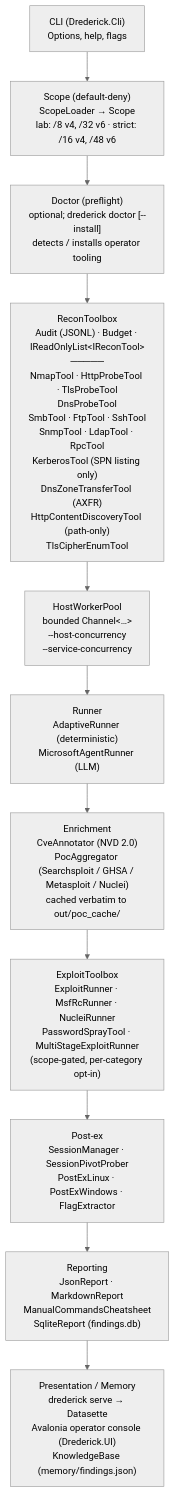
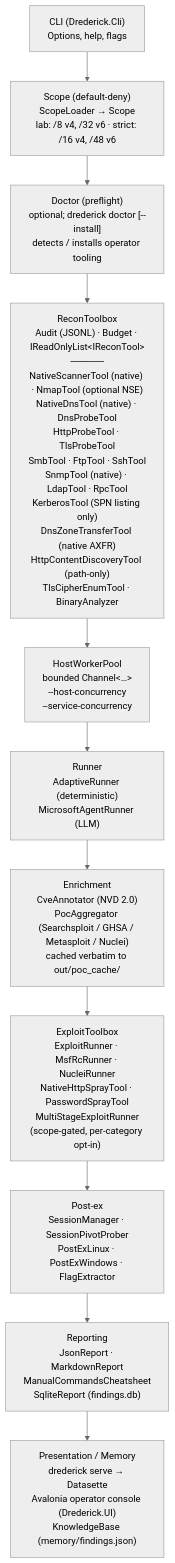
One commit to SchwartzKamel/drederick changed the diagram in docs/ARCHITECTURE.md. Above: the diagram before and after it, drawn with Mermaid (neutral theme). The commit also changed other lines of this file and 5 other files, not shown here.

First line of the commit message:
docs: native-first architecture — self-sufficiency pass

````diff
--- a/docs/ARCHITECTURE.md
+++ b/docs/ARCHITECTURE.md
@@ -67,16 +69,16 @@
 ```mermaid
 flowchart TD
     CLI["CLI (Drederick.Cli)<br/>Options, help, flags"]
     Scope["Scope (default-deny)<br/>ScopeLoader → Scope<br/>lab: /8 v4, /32 v6 · strict: /16 v4, /48 v6"]
     Doctor["Doctor (preflight)<br/>optional; drederick doctor [--install]<br/>detects / installs operator tooling"]
-    Toolbox["ReconToolbox<br/>Audit (JSONL) · Budget · IReadOnlyList&lt;IReconTool&gt;<br/>─────<br/>NmapTool · HttpProbeTool · TlsProbeTool<br/>DnsProbeTool<br/>SmbTool · FtpTool · SshTool<br/>SnmpTool · LdapTool · RpcTool<br/>KerberosTool (SPN listing only)<br/>DnsZoneTransferTool (AXFR)<br/>HttpContentDiscoveryTool (path-only)<br/>TlsCipherEnumTool"]
+    Toolbox["ReconToolbox<br/>Audit (JSONL) · Budget · IReadOnlyList&lt;IReconTool&gt;<br/>─────<br/>NativeScannerTool (native) · NmapTool (optional NSE)<br/>NativeDnsTool (native) · DnsProbeTool<br/>HttpProbeTool · TlsProbeTool<br/>SmbTool · FtpTool · SshTool<br/>SnmpTool (native) · LdapTool · RpcTool<br/>KerberosTool (SPN listing only)<br/>DnsZoneTransferTool (native AXFR)<br/>HttpContentDiscoveryTool (path-only)<br/>TlsCipherEnumTool · BinaryAnalyzer"]
     Pool["HostWorkerPool<br/>bounded Channel&lt;…&gt;<br/>--host-concurrency<br/>--service-concurrency"]
     Runner["Runner<br/>AdaptiveRunner (deterministic)<br/>MicrosoftAgentRunner (LLM)"]
     Enrich["Enrichment<br/>CveAnnotator (NVD 2.0)<br/>PocAggregator (Searchsploit / GHSA / Metasploit / Nuclei)<br/>cached verbatim to out/poc_cache/"]
-    Exploit["ExploitToolbox<br/>ExploitRunner · MsfRcRunner · NucleiRunner<br/>PasswordSprayTool · MultiStageExploitRunner<br/>(scope-gated, per-category opt-in)"]
+    Exploit["ExploitToolbox<br/>ExploitRunner · MsfRcRunner · NucleiRunner<br/>NativeHttpSprayTool · PasswordSprayTool<br/>MultiStageExploitRunner<br/>(scope-gated, per-category opt-in)"]
     PostEx["Post-ex<br/>SessionManager · SessionPivotProber<br/>PostExLinux · PostExWindows · FlagExtractor"]
     Report["Reporting<br/>JsonReport · MarkdownReport<br/>ManualCommandsCheatsheet<br/>SqliteReport (findings.db)"]
     Present["Presentation / Memory<br/>drederick serve → Datasette<br/>Avalonia operator console (Drederick.UI)<br/>KnowledgeBase (memory/findings.json)"]
 
     CLI --> Scope --> Doctor --> Toolbox --> Pool --> Runner --> Enrich --> Exploit --> PostEx --> Report --> Present
 ```
````
